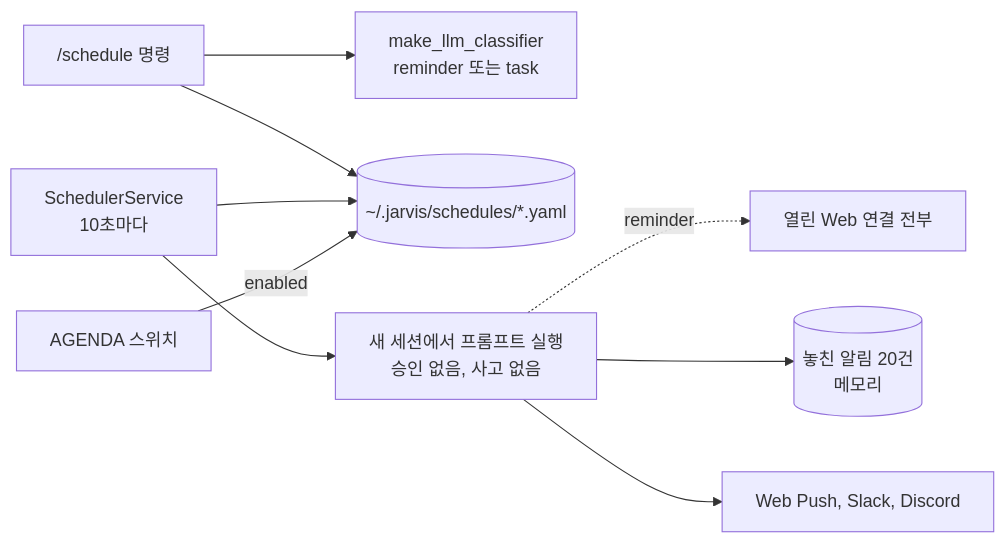
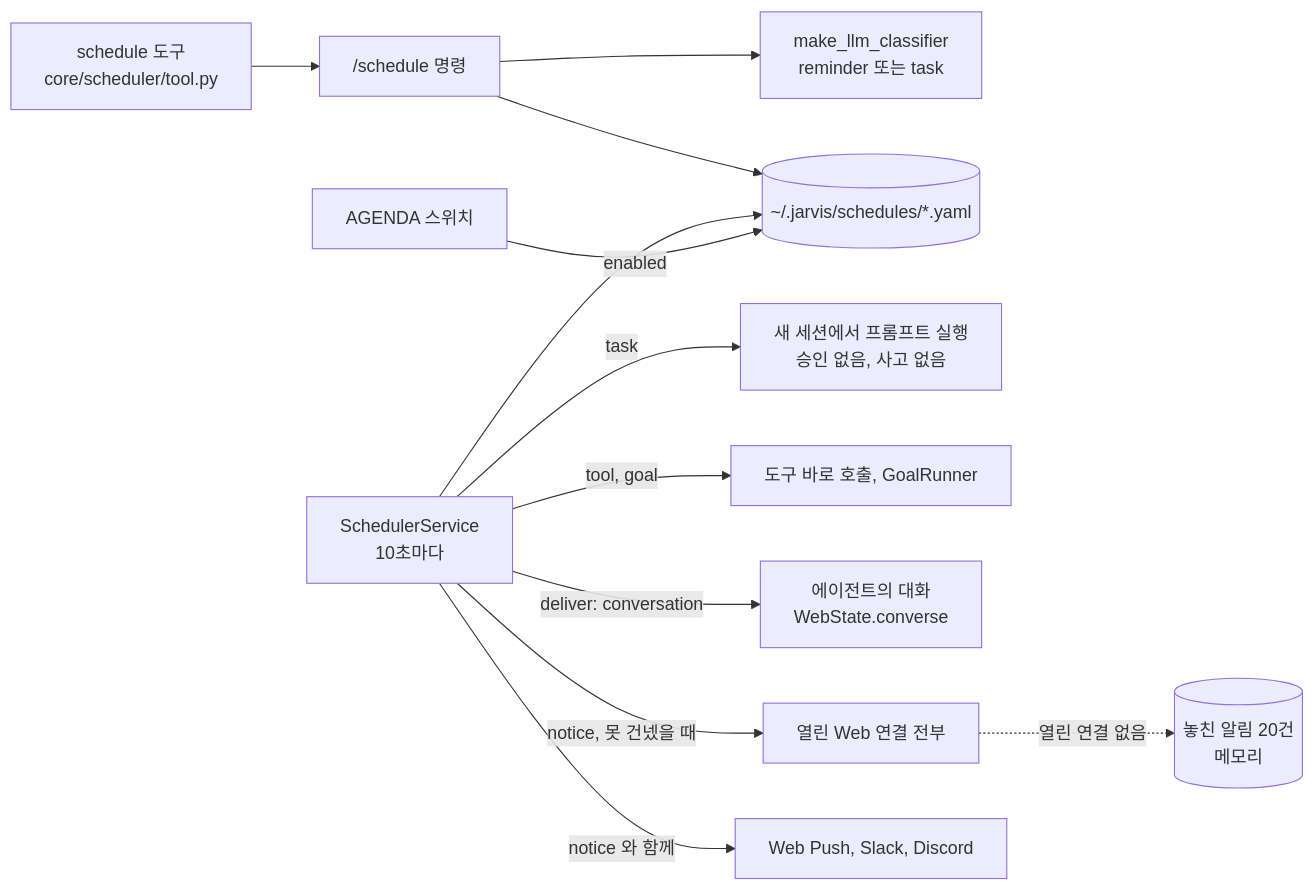
The second of 2 diagrams in website/docs/concepts/conversation/scheduling.md (ash-hun/jarvis-agent), drawn with Mermaid before and after one commit. The commit also changed other lines of this file and 30 other files, not shown here.

First line of the commit message:
Docs: 기능별 그림 13장과 캡션, mermaid 를 지금 코드에 맞춰, 사라진 메모리 미들웨어와 ThoughtFrame 약속 필드를 지우고 이후 추가된 경로를 그린다 (#179)

````diff
--- a/website/docs/concepts/conversation/scheduling.md
+++ b/website/docs/concepts/conversation/scheduling.md
@@ -127,11 +135,14 @@
 ```mermaid
 flowchart LR
+  TOOL[schedule 도구<br/>core/scheduler/tool.py] --> CMD
   CMD["/schedule 명령"] --> CLS[make_llm_classifier<br/>reminder 또는 task]
   CMD --> FILE[(~/.jarvis/schedules/*.yaml)]
   SVC[SchedulerService<br/>10초마다] --> FILE
-  SVC --> RUN[새 세션에서 프롬프트 실행<br/>승인 없음, 사고 없음]
-  RUN -. reminder .-> HUD[열린 Web 연결 전부]
-  RUN --> PEND[(놓친 알림 20건<br/>메모리)]
-  RUN --> NTF[Web Push, Slack, Discord]
+  SVC -->|task| RUN[새 세션에서 프롬프트 실행<br/>승인 없음, 사고 없음]
+  SVC -->|tool, goal| TG[도구 바로 호출, GoalRunner]
+  SVC -->|deliver: conversation| CONV[에이전트의 대화<br/>WebState.converse]
+  SVC -->|notice, 못 건넸을 때| HUD[열린 Web 연결 전부]
+  HUD -.->|열린 연결 없음| PEND[(놓친 알림 20건<br/>메모리)]
+  SVC -->|notice 와 함께| NTF[Web Push, Slack, Discord]
   AG[AGENDA 스위치] -->|enabled| FILE
 ```
````
